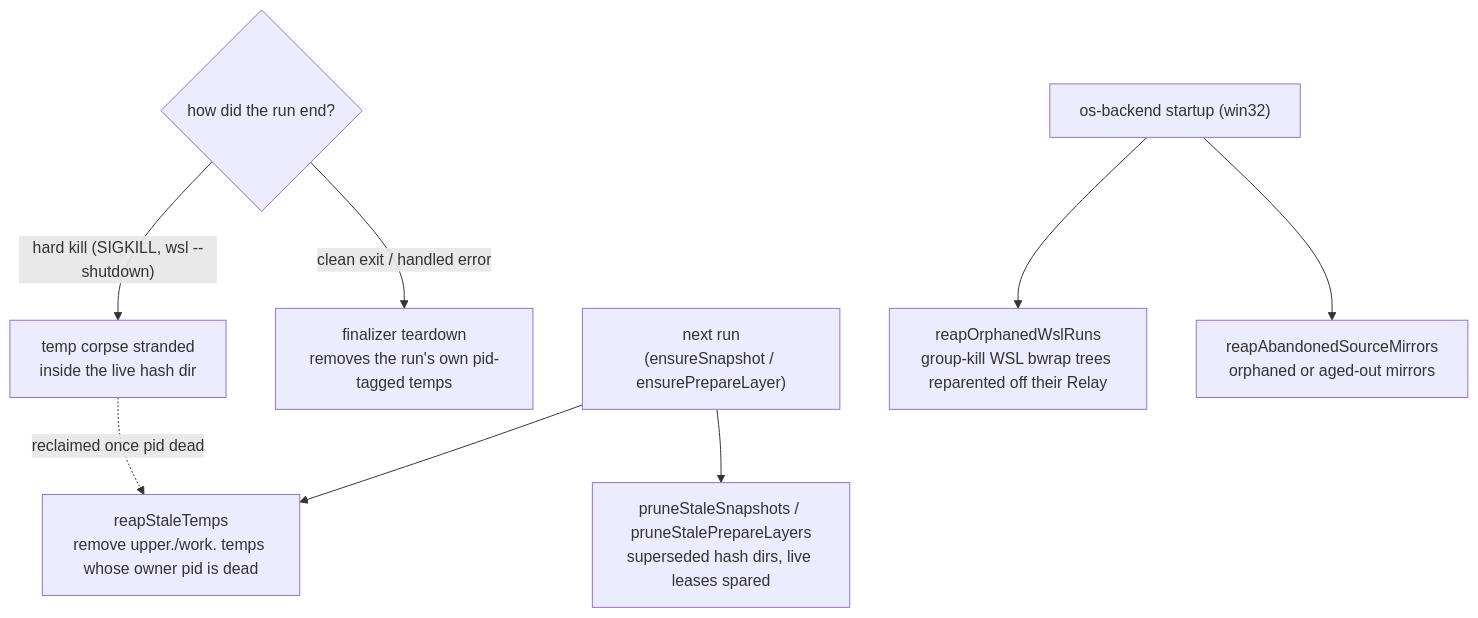
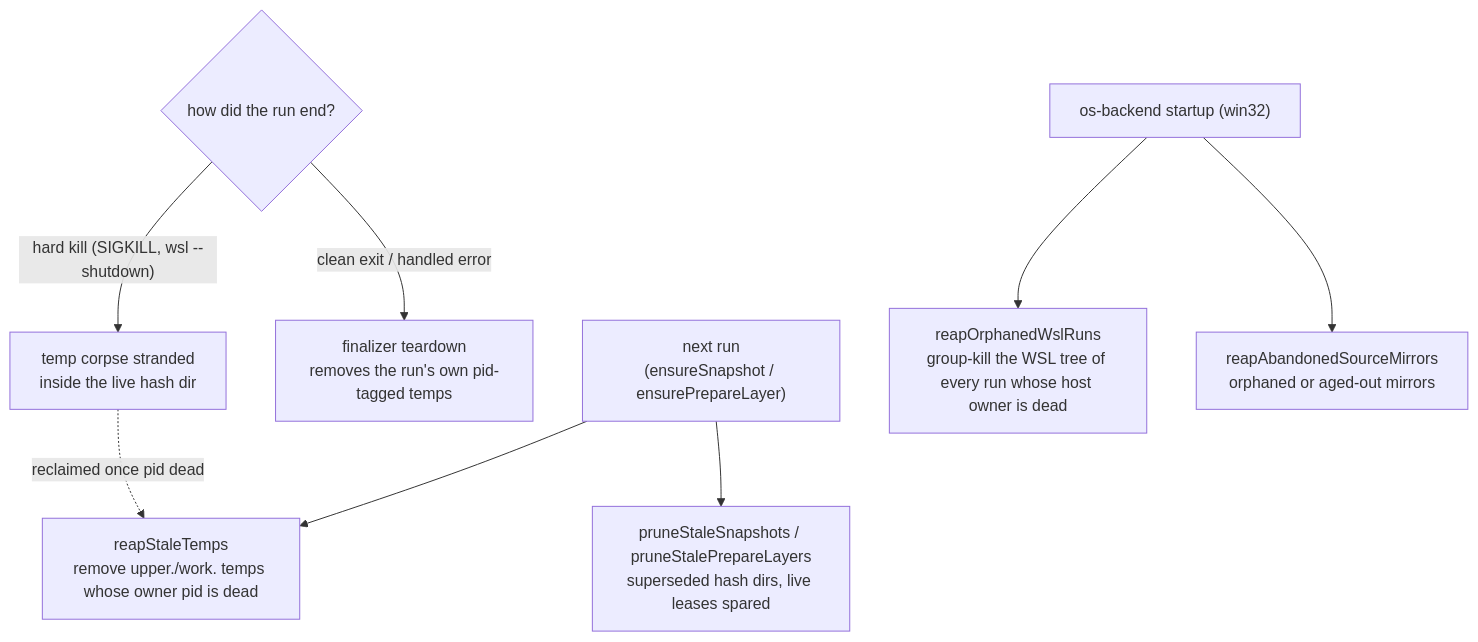
One commit to Esposter/Esposter changed the diagram in apps/web/content/docs/virrun/cache.md. Above: the diagram before and after it, drawn with Mermaid. The commit also changed other lines of this file and 19 other files, not shown here.

````diff
--- a/apps/web/content/docs/virrun/cache.md
+++ b/apps/web/content/docs/virrun/cache.md
@@ -45,13 +45,13 @@
 ```mermaid
 flowchart TB
     exit{"how did the run end?"}
     exit -->|"clean exit / handled error"| fin["finalizer teardown<br/>removes the run's own pid-tagged temps"]
     exit -->|"hard kill (SIGKILL, wsl --shutdown)"| corpse["temp corpse stranded<br/>inside the live hash dir"]
 
     next["next run<br/>(ensureSnapshot / ensurePrepareLayer)"] --> prune["pruneStaleSnapshots / pruneStalePrepareLayers<br/>superseded hash dirs, live leases spared"]
     next --> reap["reapStaleTemps<br/>remove upper./work. temps whose owner pid is dead"]
     corpse -.->|"reclaimed once pid dead"| reap
 
     startup["os-backend startup (win32)"] --> mirrors["reapAbandonedSourceMirrors<br/>orphaned or aged-out mirrors"]
-    startup --> orphans["reapOrphanedWslRuns<br/>group-kill WSL bwrap trees reparented off their Relay"]
+    startup --> orphans["reapOrphanedWslRuns<br/>group-kill the WSL tree of every run whose host owner is dead"]
 ```
````
